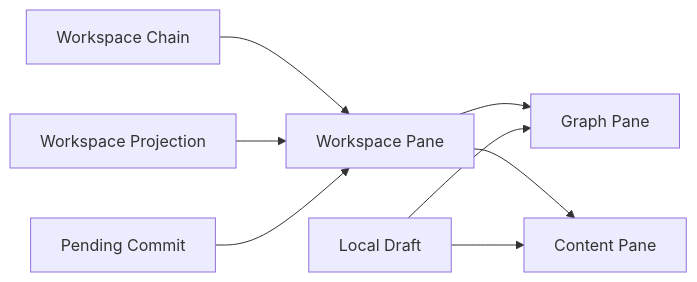
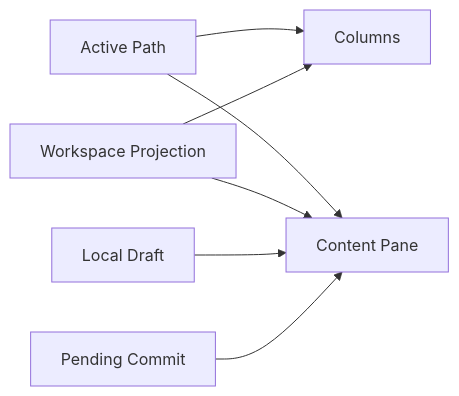
One commit to loggerhead/treease changed the diagram in docs/contracts/subgraph-workspace.md. Above: the diagram before and after it, drawn with Mermaid. The commit also changed other lines of this file and 39 other files, not shown here.

````diff
--- a/docs/contracts/subgraph-workspace.md
+++ b/docs/contracts/subgraph-workspace.md
@@ -48,18 +58,16 @@
 ```mermaid
 flowchart LR
-  WC["Workspace Chain"]
-  WP["Workspace Pane"]
-  GP["Graph Pane"]
+  AP["Active Path"]
+  CL["Columns"]
   CP["Content Pane"]
   PR["Workspace Projection"]
   LD["Local Draft"]
   PC["Pending Commit"]
 
-  WC --> WP
-  WP --> GP
-  WP --> CP
-  PR --> WP
+  AP --> CL
+  AP --> CP
+  PR --> CL
+  PR --> CP
   LD --> CP
-  LD --> GP
-  PC --> WP
+  PC --> CP
 ```
````
